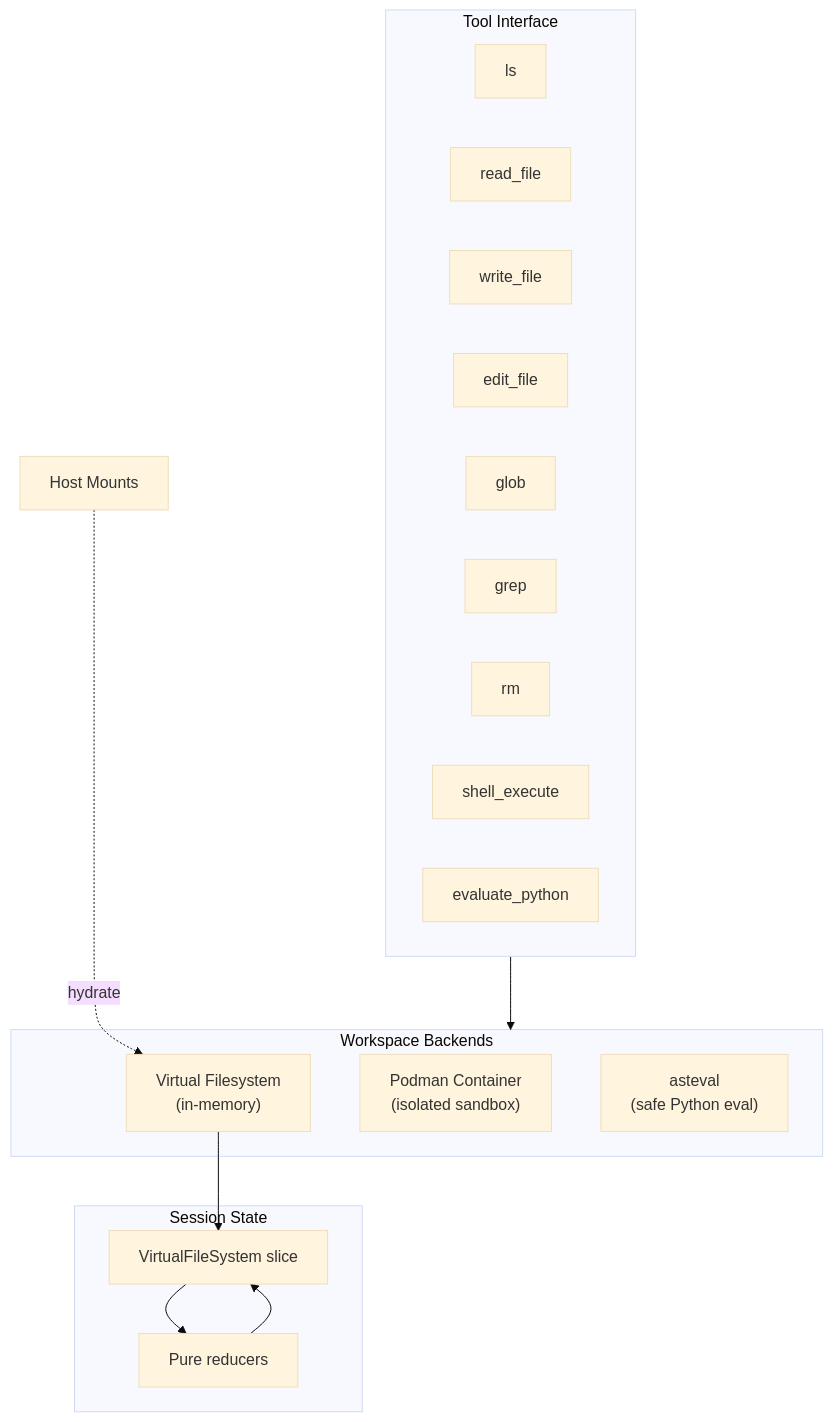
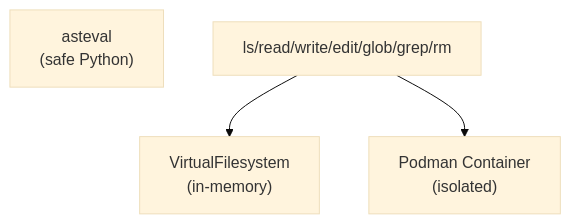
The diagram in specs/WORKSPACE.md (weakincentives/weakincentives), drawn with Mermaid (base theme) before and after one commit. The commit also changed other lines of this file and 34 other files, not shown here.

````diff
--- a/specs/WORKSPACE.md
+++ b/specs/WORKSPACE.md
@@ -22,32 +13,9 @@
 ```mermaid
 flowchart TB
-    subgraph Backends["Workspace Backends"]
-        VFS["Virtual Filesystem<br/>(in-memory)"]
-        Podman["Podman Container<br/>(isolated sandbox)"]
-        Asteval["asteval<br/>(safe Python eval)"]
-    end
-
-    subgraph Tools["Tool Interface"]
-        LS["ls"]
-        Read["read_file"]
-        Write["write_file"]
-        Edit["edit_file"]
-        Glob["glob"]
-        Grep["grep"]
-        RM["rm"]
-        Shell["shell_execute"]
-        Eval["evaluate_python"]
-    end
-
-    subgraph State["Session State"]
-        VfsSlice["VirtualFileSystem slice"]
-        Reducers["Pure reducers"]
-    end
-
-    Tools --> Backends
-    VFS --> VfsSlice
-    VfsSlice --> Reducers
-    Reducers --> VfsSlice
-
-    HostMount["Host Mounts"] -.->|hydrate| VFS
+    VFS["VirtualFilesystem<br/>(in-memory)"]
+    Podman["Podman Container<br/>(isolated)"]
+    Asteval["asteval<br/>(safe Python)"]
+    Tools["ls/read/write/edit/glob/grep/rm"]
+    Tools --> VFS
+    Tools --> Podman
 ```
````
